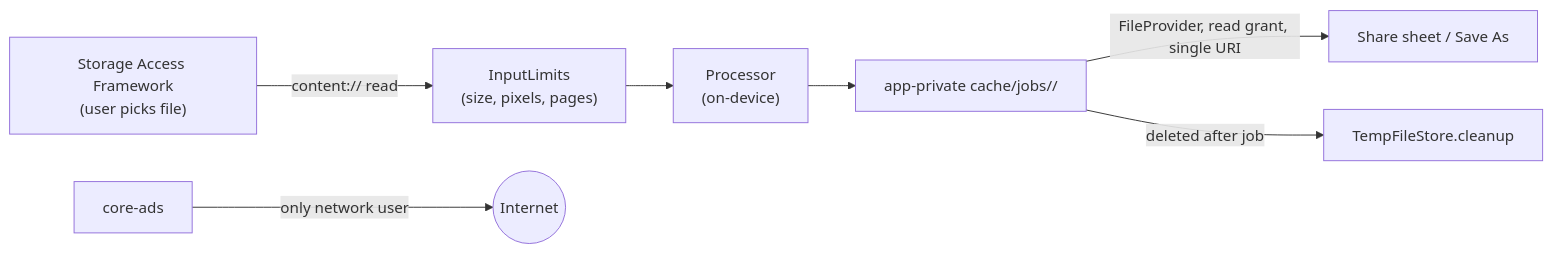
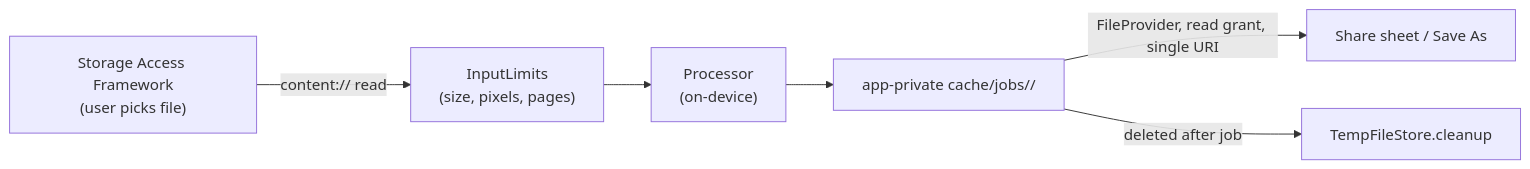
The third of 3 diagrams in docs/ARCHITECTURE.md (letsdeepchat/MrFileFixit), drawn with Mermaid before and after one commit. The commit also changed other lines of this file and 76 other files, not shown here.

````diff
--- a/docs/ARCHITECTURE.md
+++ b/docs/ARCHITECTURE.md
@@ -109,9 +107,8 @@
 ```mermaid
 flowchart LR
     SAF["Storage Access Framework\n(user picks file)"] -->|content:// read| Validate["InputLimits\n(size, pixels, pages)"]
     Validate --> Engine["Processor\n(on-device)"]
     Engine --> Cache["app-private cache/jobs/<id>/"]
     Cache -->|FileProvider, read grant, single URI| Share["Share sheet / Save As"]
     Cache -->|deleted after job| Trash["TempFileStore.cleanup"]
-    Ads["core-ads"] -->|only network user| Net(("Internet"))
 ```
````
